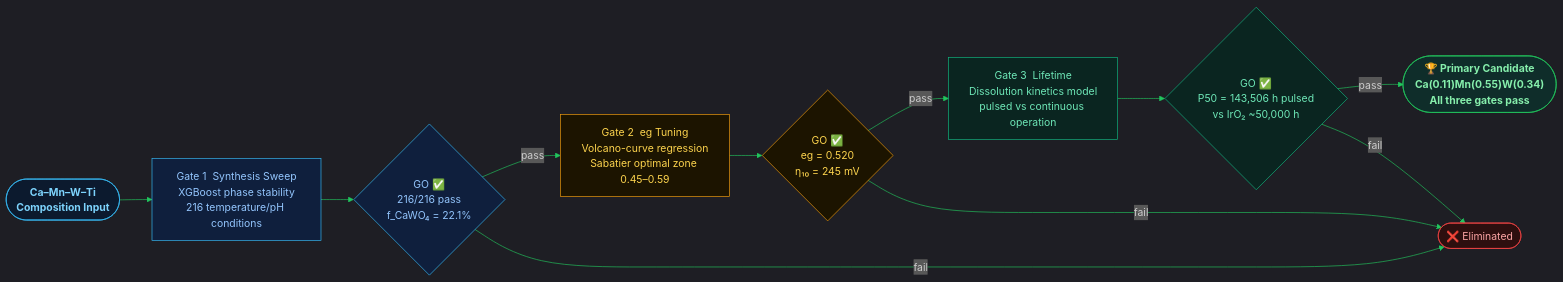
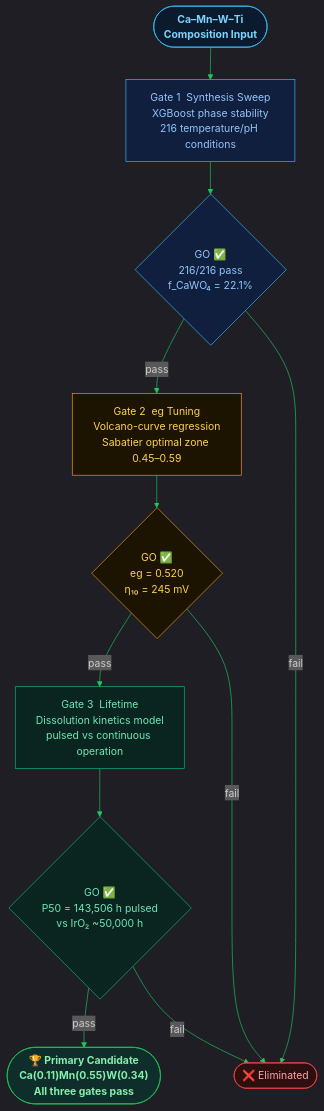
The diagram in README.md (m4cd4r4/green-h2-catalyst-research), drawn with Mermaid before and after one commit.

Commit message:
chore: convert diagram LR \u2192 TD for better GitHub readability

````diff
--- a/README.md
+++ b/README.md
@@ -67,30 +67,30 @@
 ```mermaid
 %%{init: {'theme': 'dark', 'themeVariables': {'primaryColor': '#0f172a', 'primaryTextColor': '#e2e8f0', 'primaryBorderColor': '#22c55e', 'lineColor': '#22c55e'}}}%%
-flowchart LR
+flowchart TD
     classDef comp   fill:#0c1a2e,stroke:#38bdf8,color:#7dd3fc,font-weight:bold
     classDef gate1  fill:#0f1f3d,stroke:#38bdf8,color:#93c5fd
     classDef gate2  fill:#1c1400,stroke:#f59e0b,color:#fcd34d
     classDef gate3  fill:#0a2520,stroke:#10b981,color:#6ee7b7
     classDef result fill:#0f2d2a,stroke:#22c55e,color:#86efac,font-weight:bold
     classDef reject fill:#2d0f0f,stroke:#ef4444,color:#fca5a5
 
     Comp(["Ca–Mn–W–Ti\nComposition Input"]):::comp
 
     Gate1["Gate 1  Synthesis Sweep\nXGBoost phase stability\n216 temperature/pH conditions"]:::gate1
     Pass1{"GO ✅\n216/216 pass\nf_CaWO₄ = 22.1%"}:::gate1
 
     Gate2["Gate 2  eg Tuning\nVolcano-curve regression\nSabatier optimal zone 0.45–0.59"]:::gate2
     Pass2{"GO ✅\neg = 0.520\nη₁₀ = 245 mV"}:::gate2
 
     Gate3["Gate 3  Lifetime\nDissolution kinetics model\npulsed vs continuous operation"]:::gate3
     Pass3{"GO ✅\nP50 = 143,506 h pulsed\nvs IrO₂ ~50,000 h"}:::gate3
 
     Result(["🏆 Primary Candidate\nCa(0.11)Mn(0.55)W(0.34)\nAll three gates pass"]):::result
     Reject(["❌ Eliminated"]):::reject
 
     Comp --> Gate1 --> Pass1
     Pass1 -->|pass| Gate2 --> Pass2
     Pass2 -->|pass| Gate3 --> Pass3
     Pass3 -->|pass| Result
     Pass1 & Pass2 & Pass3 -->|fail| Reject
 ```
````
